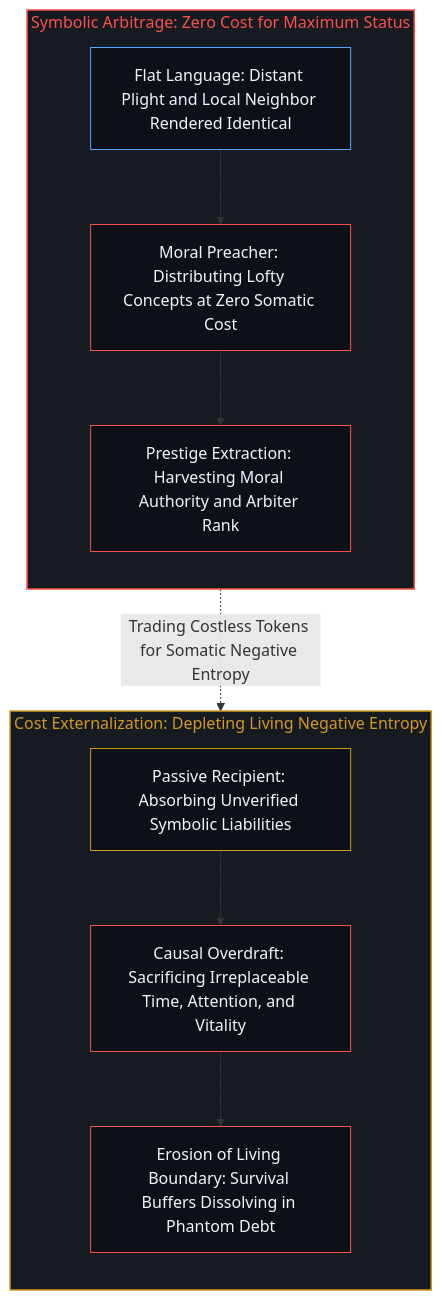
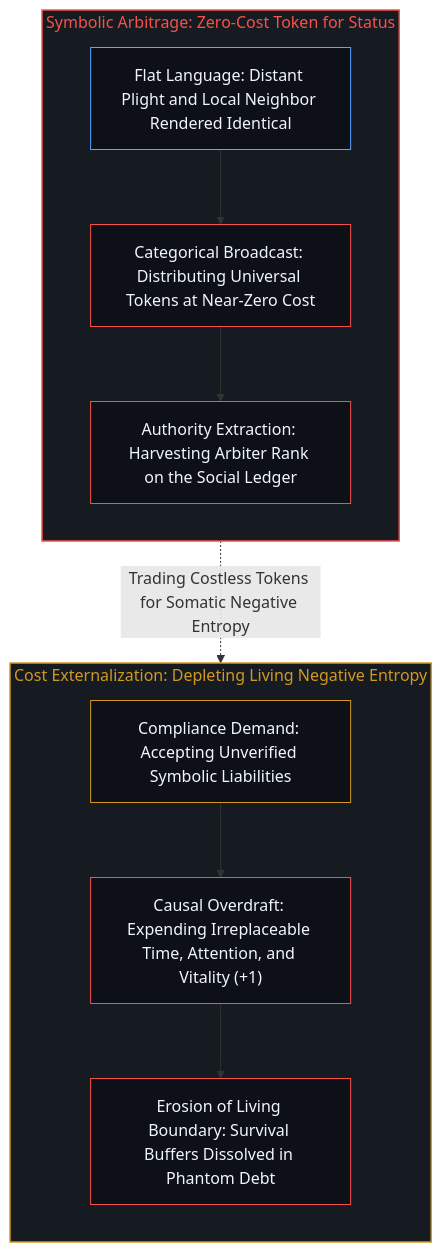
One commit to powerpig99/not-a-toe changed the eighth of 8 diagrams in content/posts/abstract-pain-and-living-hunger.md. Above: the diagram before and after it, drawn with Mermaid. The commit also changed other lines of this file and 7 other files, not shown here.

````diff
--- a/content/posts/abstract-pain-and-living-hunger.md
+++ b/content/posts/abstract-pain-and-living-hunger.md
@@ -246,26 +246,26 @@
 ```mermaid
 flowchart TD
-    subgraph S_Arbitrage["Symbolic Arbitrage: Zero Cost for Maximum Status"]
+    subgraph S_Arbitrage["Symbolic Arbitrage: Zero-Cost Token for Status"]
         direction TB
         R1["Flat Language: Distant Plight and Local Neighbor Rendered Identical"]
-        R2["Moral Preacher: Distributing Lofty Concepts at Zero Somatic Cost"]
-        R3["Prestige Extraction: Harvesting Moral Authority and Arbiter Rank"]
+        R2["Categorical Broadcast: Distributing Universal Tokens at Near-Zero Cost"]
+        R3["Authority Extraction: Harvesting Arbiter Rank on the Social Ledger"]
     end
     subgraph S_Extraction["Cost Externalization: Depleting Living Negative Entropy"]
         direction TB
-        E1["Passive Recipient: Absorbing Unverified Symbolic Liabilities"]
-        E2["Causal Overdraft: Sacrificing Irreplaceable Time, Attention, and Vitality"]
-        E3["Erosion of Living Boundary: Survival Buffers Dissolving in Phantom Debt"]
+        E1["Compliance Demand: Accepting Unverified Symbolic Liabilities"]
+        E2["Causal Overdraft: Expending Irreplaceable Time, Attention, and Vitality (+1)"]
+        E3["Erosion of Living Boundary: Survival Buffers Dissolved in Phantom Debt"]
     end
     R1 --> R2 --> R3
     E1 --> E2 --> E3
     R2 -. "Trading Costless Tokens for Somatic Negative Entropy" .-> E2
     style S_Arbitrage fill:#161b22,stroke:#f85149,stroke-width:1.5px,color:#f85149
     style S_Extraction fill:#161b22,stroke:#d29922,stroke-width:1.5px,color:#d29922
     style R1 fill:#0d1117,stroke:#58a6ff,stroke-width:1px,color:#f0f6fc
     style R2 fill:#0d1117,stroke:#f85149,stroke-width:1px,color:#f0f6fc
     style R3 fill:#0d1117,stroke:#f85149,stroke-width:1px,color:#f0f6fc
     style E1 fill:#0d1117,stroke:#d29922,stroke-width:1px,color:#f0f6fc
     style E2 fill:#0d1117,stroke:#f85149,stroke-width:1px,color:#f0f6fc
     style E3 fill:#0d1117,stroke:#f85149,stroke-width:1px,color:#f0f6fc
 ```
````
